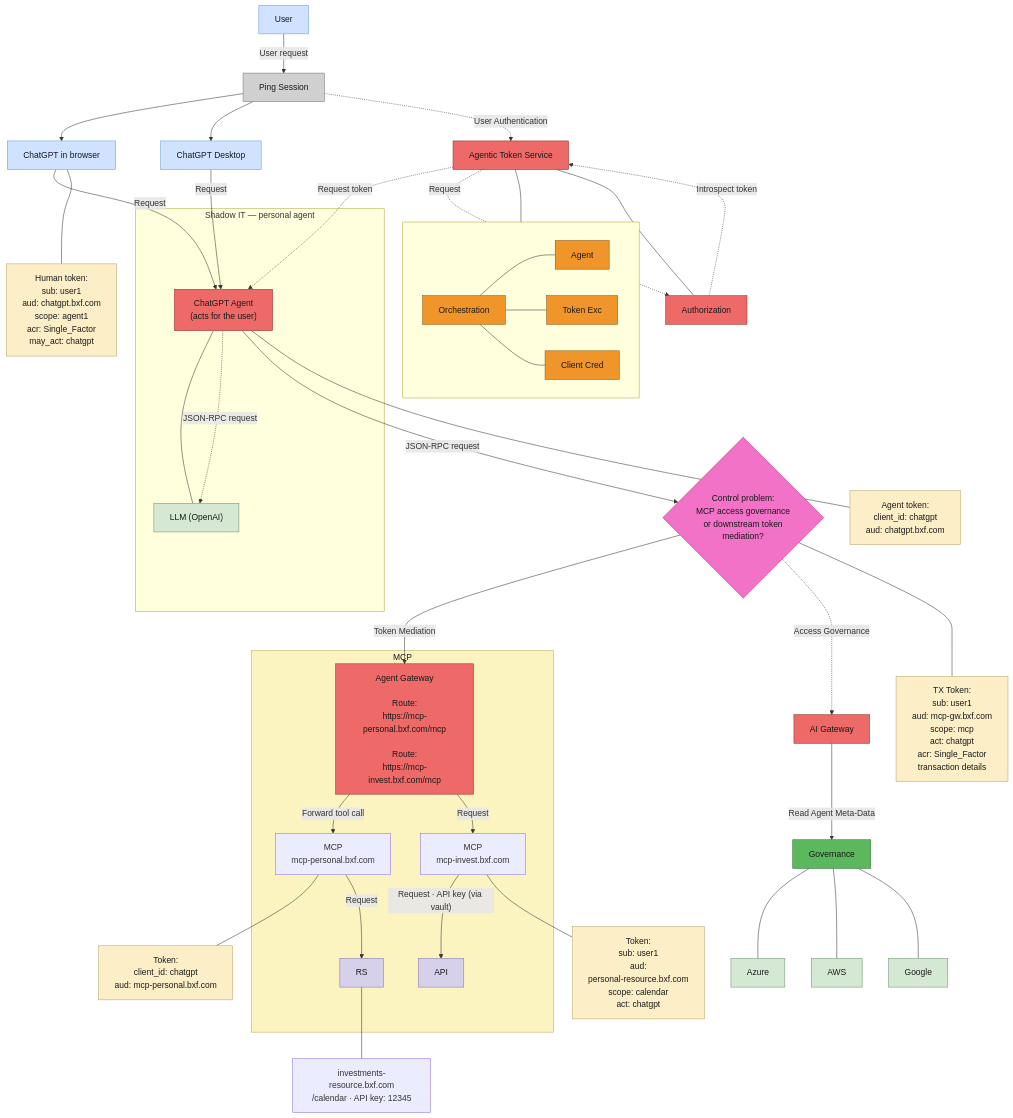
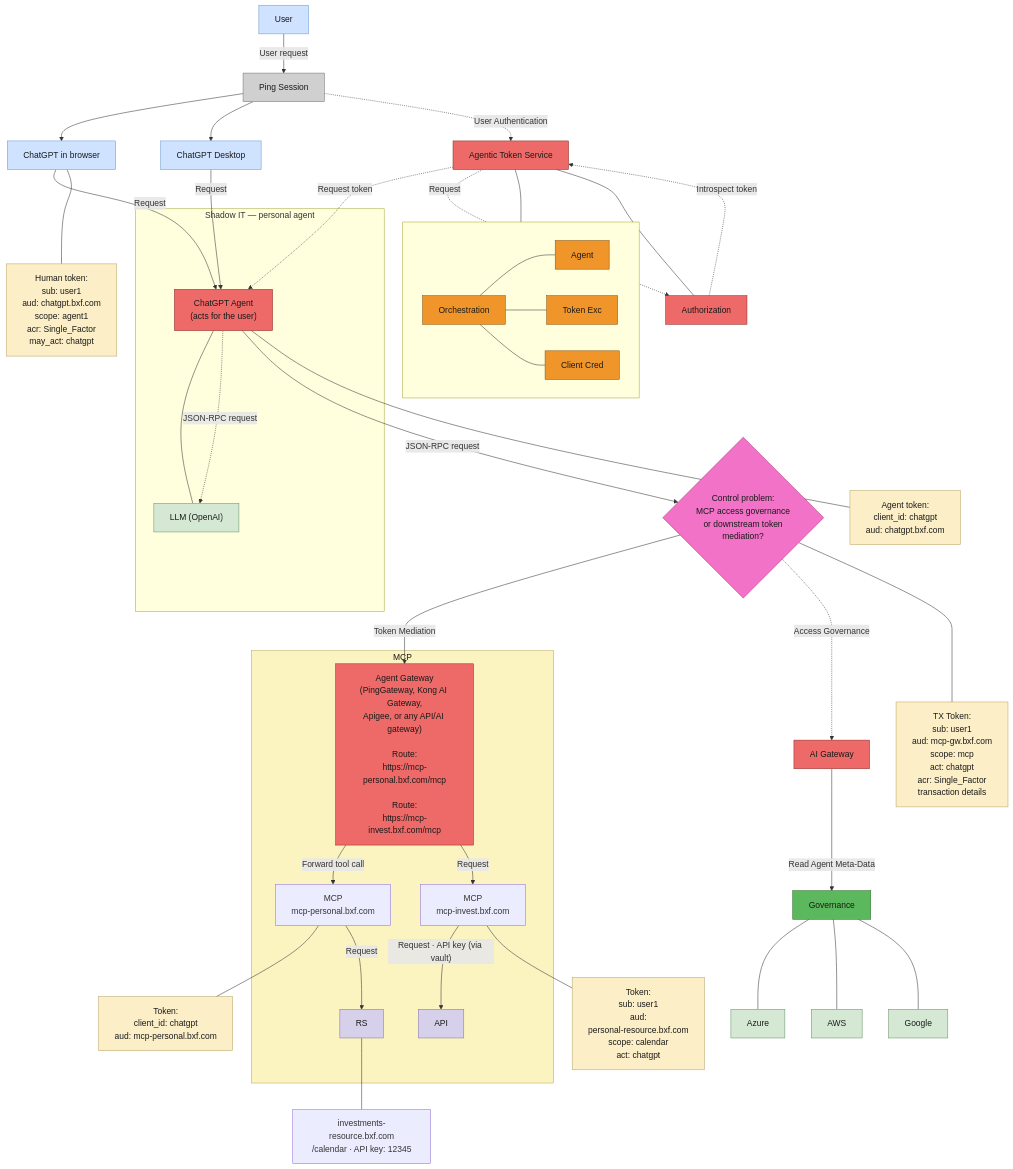
The diagram in docs/diagrams/personal-agent-chatgpt.mmd (curtismu7/AI-DEMO2), drawn with Mermaid before and after one commit. The commit also changed 1 other file, not shown here.

Commit message:
docs(diagrams): note alternative gateways (Kong, Apigee) on Agent Gateway box

```diff
--- a/docs/diagrams/personal-agent-chatgpt.mmd
+++ b/docs/diagrams/personal-agent-chatgpt.mmd
@@ -1,104 +1,104 @@
 %% Personal agent version of "V2 Agent - GW/Authorize" (Lucid page)
 %% ChatGPT is the personal agent — Desktop app and browser ChatGPT
 %% Colors sampled from the V2 Agent - GW_Authorize.png
 flowchart TB
     ATS["Agentic Token Service"]
     subgraph ATSSUB[" "]
         direction LR
         ORCH["Orchestration"]
         AGT["Agent"]
         TXE["Token Exc"]
         CCRED["Client Cred"]
     end
     AUTHZ["Authorization"]
 
     USER["User"]
     PINGSESS["Ping Session"]
     CHATB["ChatGPT in browser"]
     GPTD["ChatGPT Desktop"]
 
     HTOK["Human token:<br/>sub: user1<br/>aud: chatgpt.bxf.com<br/>scope: agent1<br/>acr: Single_Factor<br/>may_act: chatgpt"]
     AGTOK["Agent token:<br/>client_id: chatgpt<br/>aud: chatgpt.bxf.com"]
     TXTOK["TX Token:<br/>sub: user1<br/>aud: mcp-gw.bxf.com<br/>scope: mcp<br/>act: chatgpt<br/>acr: Single_Factor<br/>transaction details"]
 
     subgraph SHADOW["Shadow IT — personal agent"]
         AGENT1["ChatGPT Agent<br/>(acts for the user)"]
         LLM["LLM (OpenAI)"]
     end
 
     DEC{"Control problem:<br/>MCP access governance<br/>or downstream token<br/>mediation?"}
 
     subgraph MCPBOX["MCP"]
-        GW["Agent Gateway<br/><br/>Route:<br/>https://mcp-personal.bxf.com/mcp<br/><br/>Route:<br/>https://mcp-invest.bxf.com/mcp"]
+        GW["Agent Gateway<br/>(PingGateway, Kong AI Gateway,<br/>Apigee, or any API/AI gateway)<br/><br/>Route:<br/>https://mcp-personal.bxf.com/mcp<br/><br/>Route:<br/>https://mcp-invest.bxf.com/mcp"]
         MCPOLB["MCP<br/>mcp-personal.bxf.com"]
         MCPINV["MCP<br/>mcp-invest.bxf.com"]
         RS["RS"]
         API["API"]
     end
     MOLTOK["Token:<br/>sub: user1<br/>aud:<br/>personal-resource.bxf.com<br/>scope: calendar<br/>act: chatgpt"]
     MTOK["Token:<br/>client_id: chatgpt<br/>aud: mcp-personal.bxf.com"]
     INVTOK["investments-resource.bxf.com<br/>/calendar · API key: 12345"]
 
     AIGW["AI Gateway"]
     GOV["Governance"]
     AZURE["Azure"]
     AWS["AWS"]
     GOOGLE["Google"]
 
     USER -->|"User request"| PINGSESS
     PINGSESS --> CHATB
     PINGSESS --> GPTD
     PINGSESS -.->|"User Authentication"| ATS
     ATS --- ORCH
     ORCH --- AGT
     ORCH --- TXE
     ORCH --- CCRED
     AUTHZ --- ATS
     AUTHZ -.->|"Introspect token"| ATS
     CHATB -->|"Request"| AGENT1
     GPTD -->|"Request"| AGENT1
     ATS -.->|"Request token"| AGENT1
     ATS -.->|"Request"| AUTHZ
     CHATB --- HTOK
     AGENT1 --- LLM
     AGENT1 -.->|"JSON-RPC request"| LLM
     AGENT1 -->|"JSON-RPC request"| DEC
     AGENT1 --- AGTOK
     DEC -->|"Token Mediation"| GW
     DEC -.->|"Access Governance"| AIGW
     GW -->|"Forward tool call"| MCPOLB
     GW -->|"Request"| MCPINV
     MCPOLB --- MTOK
     MCPOLB -->|"Request"| RS
     RS --- INVTOK
     MCPINV -->|"Request · API key (via vault)"| API
     MCPINV --- MOLTOK
     DEC --- TXTOK
     AIGW -->|"Read Agent Meta-Data"| GOV
     GOV --- AZURE
     GOV --- AWS
     GOV --- GOOGLE
 
     classDef red fill:#ee6a68,stroke:#8a2f2a,color:#1a1a1a
     classDef orange fill:#f0952a,stroke:#8a5410,color:#1a1a1a
     classDef cream fill:#fcefc7,stroke:#b8a66a,color:#1a1a1a
     classDef pink fill:#f272c8,stroke:#a12a76,color:#1a1a1a
     classDef yellow fill:#fbf3c0,stroke:#b8ac60,color:#1a1a1a
     classDef blue fill:#cfe2ff,stroke:#6b9bd2,color:#1a1a1a
     classDef green fill:#d5e8d4,stroke:#6a936a,color:#1a1a1a
     classDef dgreen fill:#5cb85c,stroke:#2d6a2d,color:#1a1a1a
     classDef purple fill:#d6d0ea,stroke:#8077ad,color:#1a1a1a
     classDef grey fill:#d0d0d0,stroke:#777777,color:#1a1a1a
 
     class ATS,AUTHZ,GW,AIGW red
     class ORCH,AGT,TXE,CCRED orange
     class HTOK,AGTOK,TXTOK,MOLTOK,MTOK cream
     class DEC pink
     class MCPBOX yellow
     class USER,CHATB,GPTD blue
     class AZURE,AWS,GOOGLE green
     class GOV dgreen
     class RS,API purple
     class AGENT1 red
     class LLM green
     class PINGSESS grey
```
